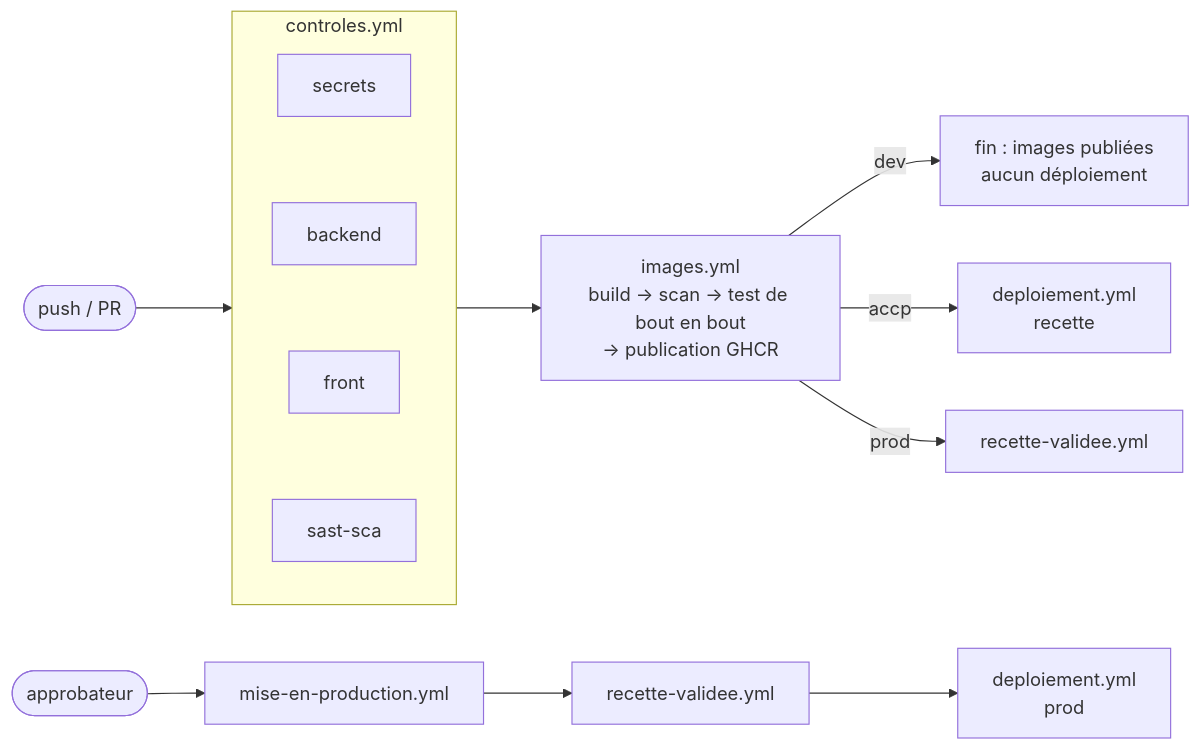
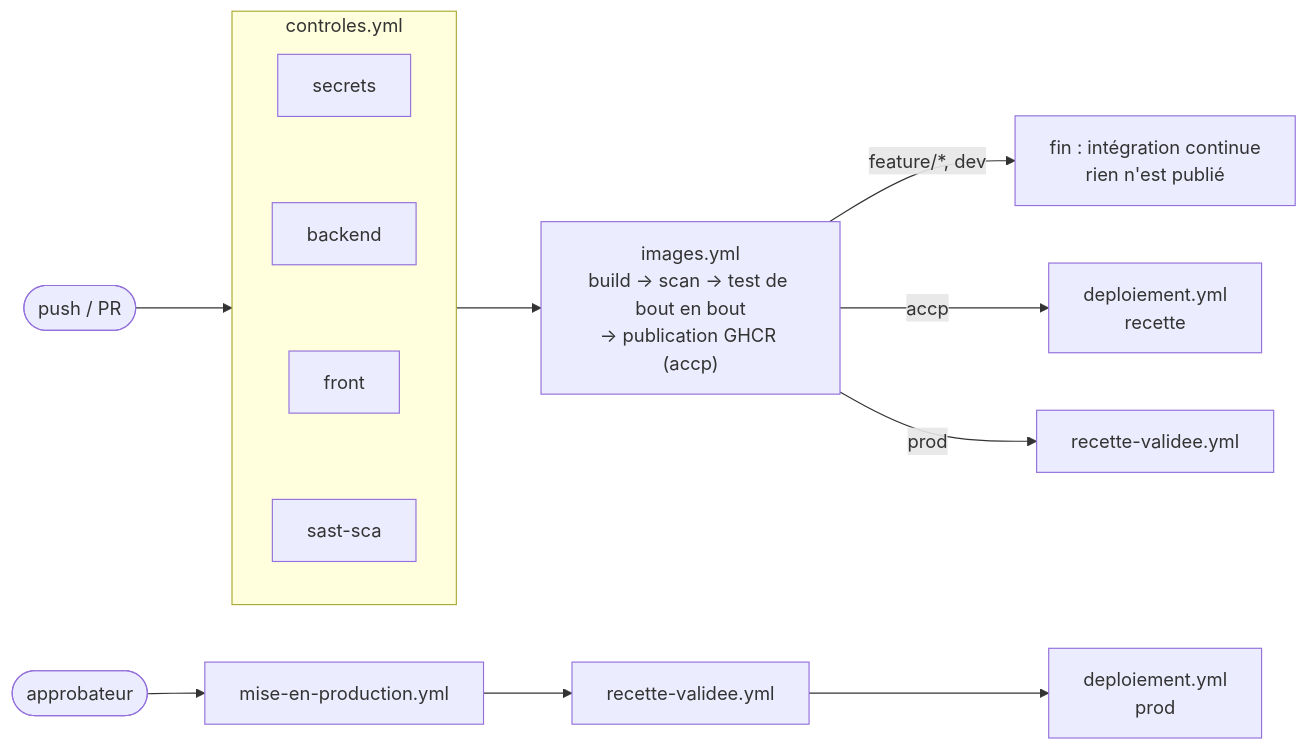
The diagram in docs/cicd/demo-github-actions.md (ALD3X/CESI_B3_Collab), drawn with Mermaid before and after one commit. The commit also changed other lines of this file and 3 other files, not shown here.

Commit message:
docs: dev sans publication, publication unique des images sur accp

````diff
--- a/docs/cicd/demo-github-actions.md
+++ b/docs/cicd/demo-github-actions.md
@@ -37,12 +37,12 @@
 ```mermaid
 flowchart LR
     P(["push / PR"]) --> C
     subgraph C["controles.yml"]
       S["secrets"] ~~~ B["backend"] ~~~ F["front"] ~~~ A["sast-sca"]
     end
-    C --> I["images.yml<br/>build → scan → test de bout en bout<br/>→ publication GHCR"]
-    I -- "dev" --> D["fin : images publiées<br/>aucun déploiement"]
+    C --> I["images.yml<br/>build → scan → test de bout en bout<br/>→ publication GHCR (accp)"]
+    I -- "feature/*, dev" --> D["fin : intégration continue<br/>rien n'est publié"]
     I -- "accp" --> R["deploiement.yml<br/>recette"]
     I -- "prod" --> V["recette-validee.yml"]
     M(["approbateur"]) --> MP["mise-en-production.yml"] --> V2["recette-validee.yml"] --> DP["deploiement.yml<br/>prod"]
 ```
````
